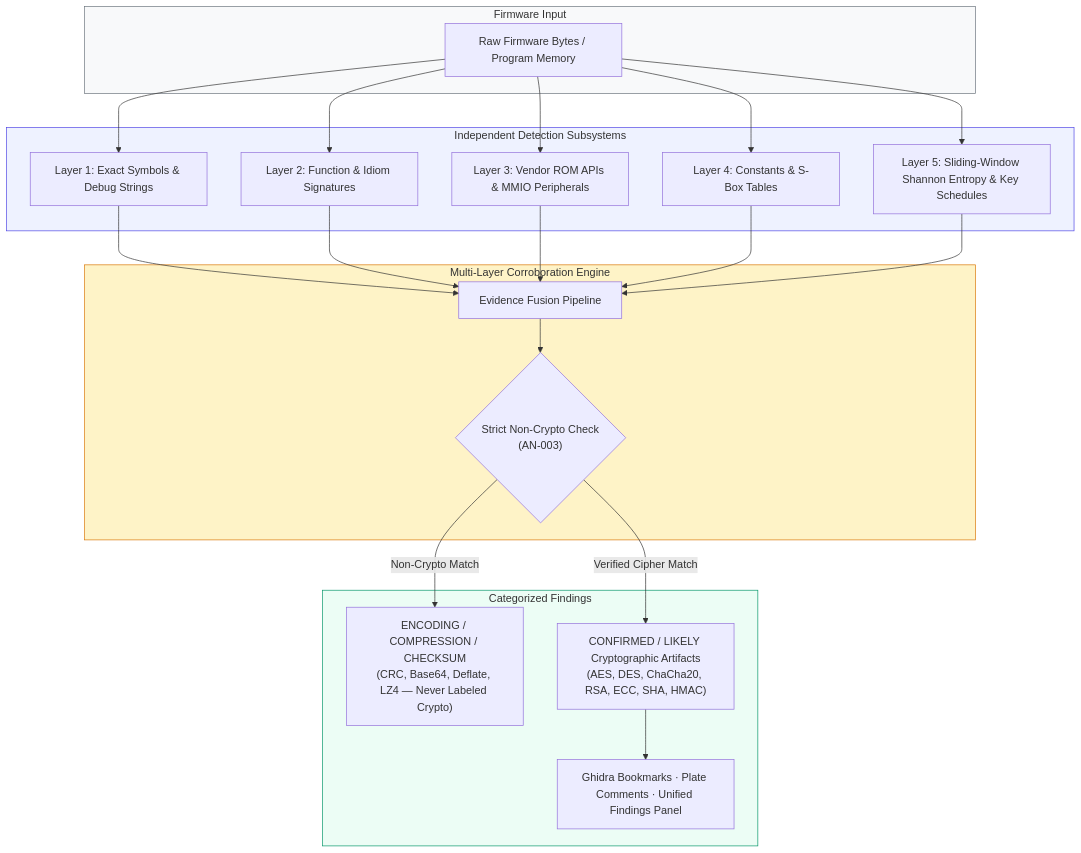
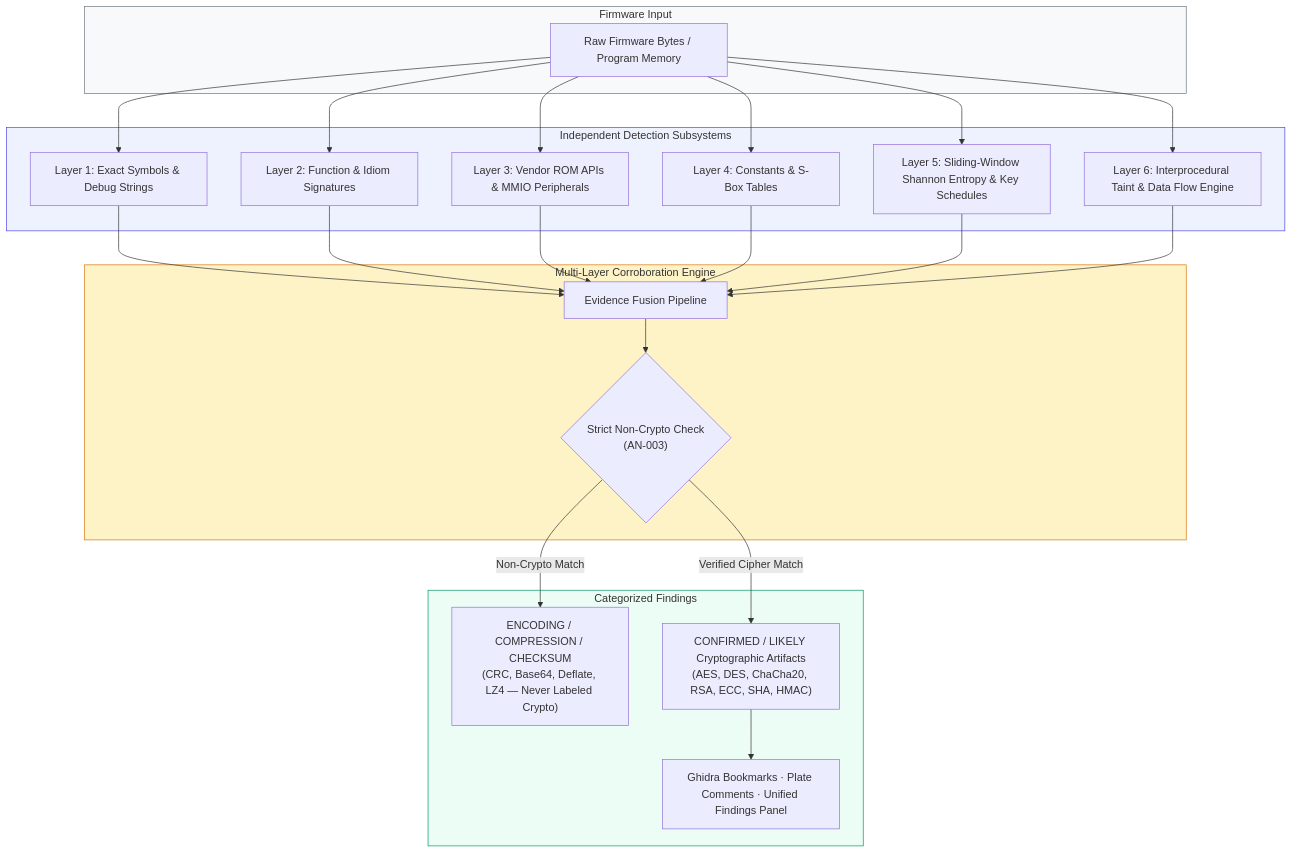
Before and after one commit to reza-bakhshi/Embedra: the second of 2 diagrams in README.md, drawn with Mermaid. The commit also changed other lines of this file, not shown here.

Commit message:
docs: enrich README with multi-platform CI badges, 318-fixture index, and dataflow layer

````diff
--- a/README.md
+++ b/README.md
@@ -169,37 +171,38 @@
 ```mermaid
 flowchart TD
     subgraph INPUT["Firmware Input"]
         RAW["Raw Firmware Bytes / Program Memory"]
     end
 
     subgraph LAYERS["Independent Detection Subsystems"]
         L1["Layer 1: Exact Symbols & Debug Strings"]
         L2["Layer 2: Function & Idiom Signatures"]
         L3["Layer 3: Vendor ROM APIs & MMIO Peripherals"]
         L4["Layer 4: Constants & S-Box Tables"]
         L5["Layer 5: Sliding-Window Shannon Entropy & Key Schedules"]
+        L6["Layer 6: Interprocedural Taint & Data Flow Engine"]
     end
 
     subgraph FUSION["Multi-Layer Corroboration Engine"]
         PIPE["Evidence Fusion Pipeline"]
         CHECK{"Strict Non-Crypto Check<br/>(AN-003)"}
     end
 
     subgraph OUTPUT["Categorized Findings"]
         NON["ENCODING / COMPRESSION / CHECKSUM<br/>(CRC, Base64, Deflate, LZ4 — Never Labeled Crypto)"]
         CRYPTO["CONFIRMED / LIKELY Cryptographic Artifacts<br/>(AES, DES, ChaCha20, RSA, ECC, SHA, HMAC)"]
         UI["Ghidra Bookmarks · Plate Comments · Unified Findings Panel"]
     end
 
-    RAW --> L1 & L2 & L3 & L4 & L5
-    L1 & L2 & L3 & L4 & L5 --> PIPE
+    RAW --> L1 & L2 & L3 & L4 & L5 & L6
+    L1 & L2 & L3 & L4 & L5 & L6 --> PIPE
     PIPE --> CHECK
     CHECK -->|"Non-Crypto Match"| NON
     CHECK -->|"Verified Cipher Match"| CRYPTO
     CRYPTO --> UI
 
     style INPUT fill:#f8f9fa,stroke:#6c757d
     style LAYERS fill:#eef2ff,stroke:#4f46e5
     style FUSION fill:#fef3c7,stroke:#d97706
     style OUTPUT fill:#ecfdf5,stroke:#059669
 ```
````
